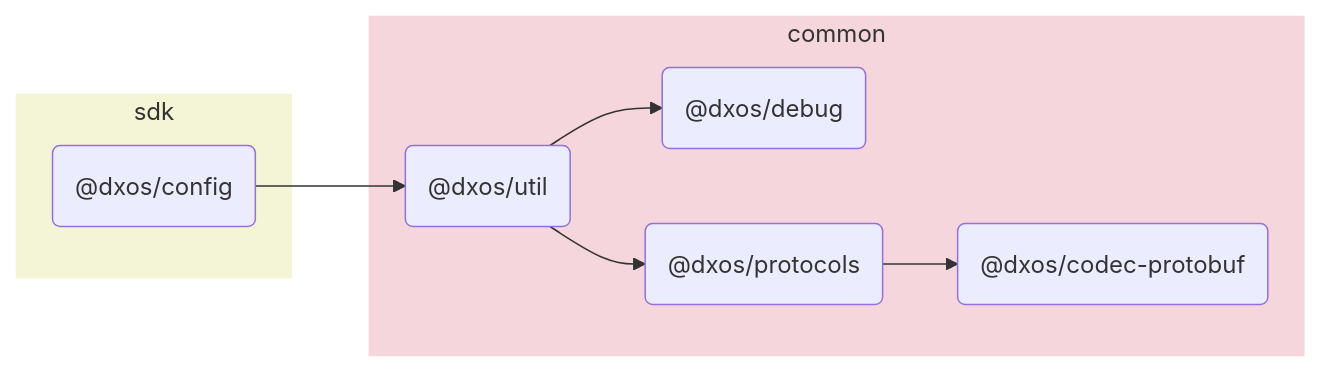
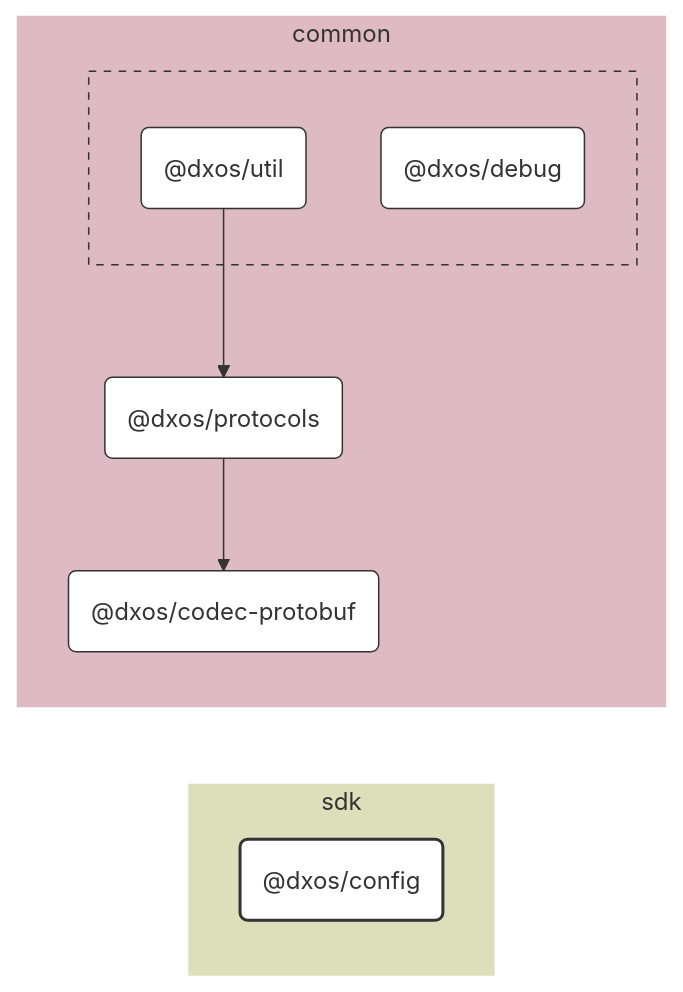
The diagram in packages/sdk/config/docs/README.md (dxos/dxos), drawn with Mermaid before and after one commit. The commit also changed other lines of this file and 109 other files, not shown here.

````diff
--- a/packages/sdk/config/docs/README.md
+++ b/packages/sdk/config/docs/README.md
@@ -5,21 +7,49 @@
 ```mermaid
-flowchart LR;
+%%{ init: {'flowchart':{'curve':'basis'}} }%%
 
+flowchart LR
+
+%% Links
+dxos/protocols --> dxos/codec-protobuf;
+dxos/util --> dxos/protocols;
+
+%% Sections
 subgraph sdk
-  style sdk fill:#f4f5d6,stroke:#fff;
-  dxos/config("@dxos/config");
+  style sdk fill:#dddeba,stroke:#fff;
+
+  dxos/config("@dxos/config")
 end
 
 subgraph common
-  style common fill:#f5d6dd,stroke:#fff;
-  dxos/codec-protobuf("@dxos/codec-protobuf");
-  dxos/debug("@dxos/debug");
-  dxos/protocols("@dxos/protocols");
-  dxos/util("@dxos/util");
+  style common fill:#debac2,stroke:#fff;
+
+  dxos/codec-protobuf("@dxos/codec-protobuf")
+  dxos/protocols("@dxos/protocols")
+
+  subgraph common-excluded [ ]
+    style common-excluded fill:#debac2,stroke:#333,stroke-dasharray:5 5;
+
+    dxos/debug("@dxos/debug")
+    dxos/util("@dxos/util")
+  end
 end
 
-dxos/protocols --> dxos/codec-protobuf;
-dxos/config --> dxos/util;
-dxos/util --> dxos/debug;
-dxos/util --> dxos/protocols;
+
+%% Hyperlinks
+click dxos/codec-protobuf href "https:/github.com/dxos/dxos/tree/main/packages/common/codec-protobuf/docs";
+click dxos/debug href "https:/github.com/dxos/dxos/tree/main/packages/common/debug/docs";
+click dxos/protocols href "https:/github.com/dxos/dxos/tree/main/packages/common/protocols/docs";
+click dxos/util href "https:/github.com/dxos/dxos/tree/main/packages/common/util/docs";
+
+%% Styles
+classDef rootNode fill:#fff,stroke:#333,stroke-width:2px
+classDef defaultNode fill:#fff,stroke:#333,stroke-width:1px
+linkStyle default stroke:#333,stroke-width:1px
+
+dxos/config:::rootNode
+
+dxos/codec-protobuf:::defaultNode
+dxos/debug:::defaultNode
+dxos/protocols:::defaultNode
+dxos/util:::defaultNode
 ```
````
